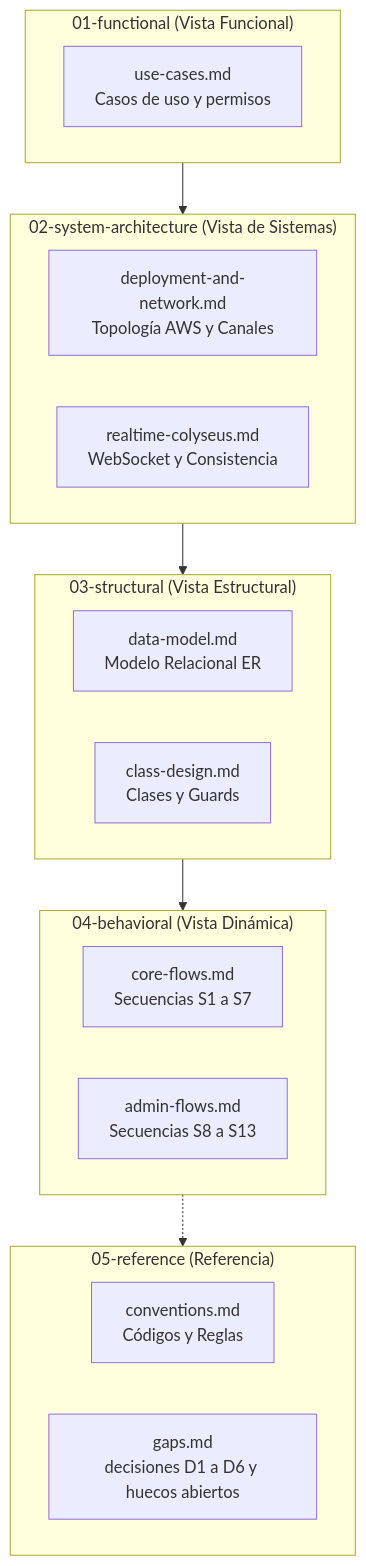
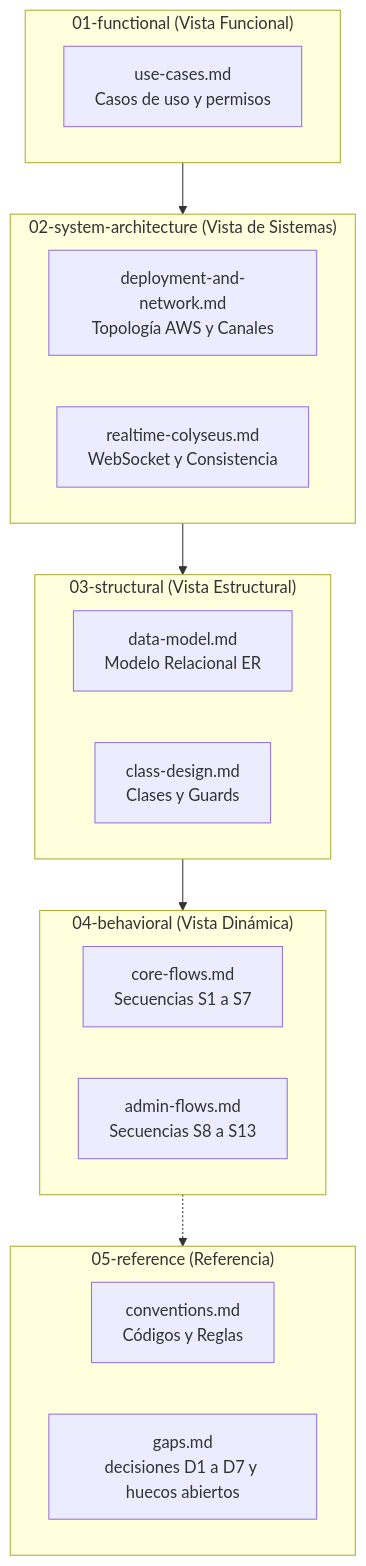
The diagram in docs/diagrams/README.md (Agustin742/integratec-final-back), drawn with Mermaid before and after one commit. The commit also changed other lines of this file and 23 other files, not shown here.

````diff
--- a/docs/diagrams/README.md
+++ b/docs/diagrams/README.md
@@ -13,32 +13,32 @@
 ```mermaid
 flowchart TD
   subgraph F["01-functional (Vista Funcional)"]
     direction LR
     UC["use-cases.md<br/>Casos de uso y permisos"]
   end
   subgraph S["02-system-architecture (Vista de Sistemas)"]
     direction LR
     DEP["deployment-and-network.md<br/>Topología AWS y Canales"]
     RT["realtime-colyseus.md<br/>WebSocket y Consistencia"]
   end
   subgraph E["03-structural (Vista Estructural)"]
     direction LR
     DM["data-model.md<br/>Modelo Relacional ER"]
     CL["class-design.md<br/>Clases y Guards"]
   end
   subgraph B["04-behavioral (Vista Dinámica)"]
     direction LR
     SC["core-flows.md<br/>Secuencias S1 a S7"]
     SA["admin-flows.md<br/>Secuencias S8 a S13"]
   end
   subgraph R["05-reference (Referencia)"]
     direction LR
     CV["conventions.md<br/>Códigos y Reglas"]
-    GP["gaps.md<br/>decisiones D1 a D6 y huecos abiertos"]
+    GP["gaps.md<br/>decisiones D1 a D7 y huecos abiertos"]
   end
 
   F --> S
   S --> E
   E --> B
   B -.-> R
 ```
````
